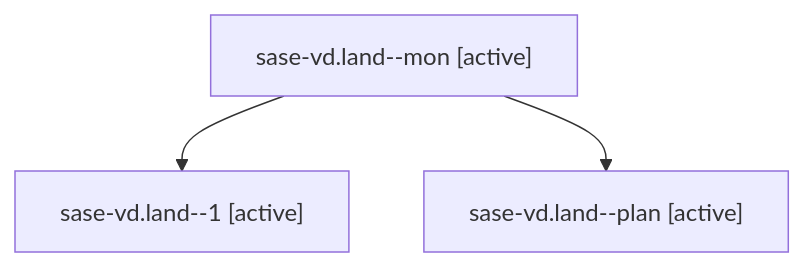
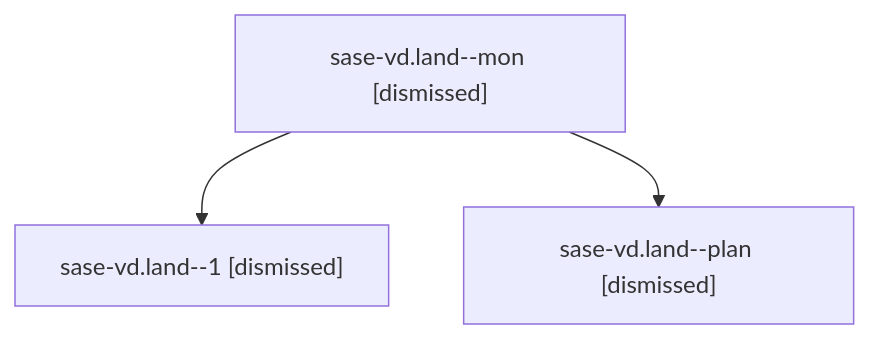
The diagram in sessions/bbugyi200.athena.sase-vd.land.md (sase-org/sase--agents), drawn with Mermaid before and after one commit. The commit also changed other lines of this file and 243 other files, not shown here.

````diff
--- a/sessions/bbugyi200.athena.sase-vd.land.md
+++ b/sessions/bbugyi200.athena.sase-vd.land.md
@@ -9,8 +9,8 @@
 ```mermaid
 flowchart TD
-  n0["sase-vd.land--mon [active]"]
-  n1["sase-vd.land--1 [active]"]
+  n0["sase-vd.land--mon [dismissed]"]
+  n1["sase-vd.land--1 [dismissed]"]
   n0 --> n1
-  n2["sase-vd.land--plan [active]"]
+  n2["sase-vd.land--plan [dismissed]"]
   n0 --> n2
 ```
````
